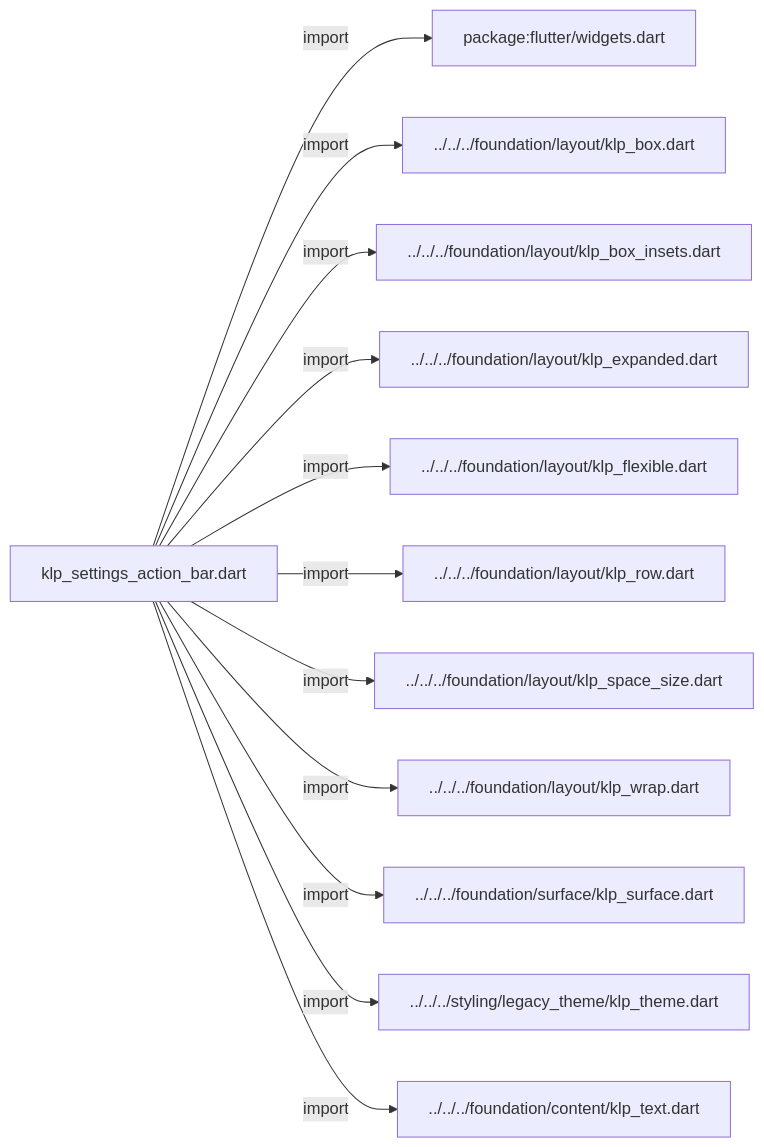
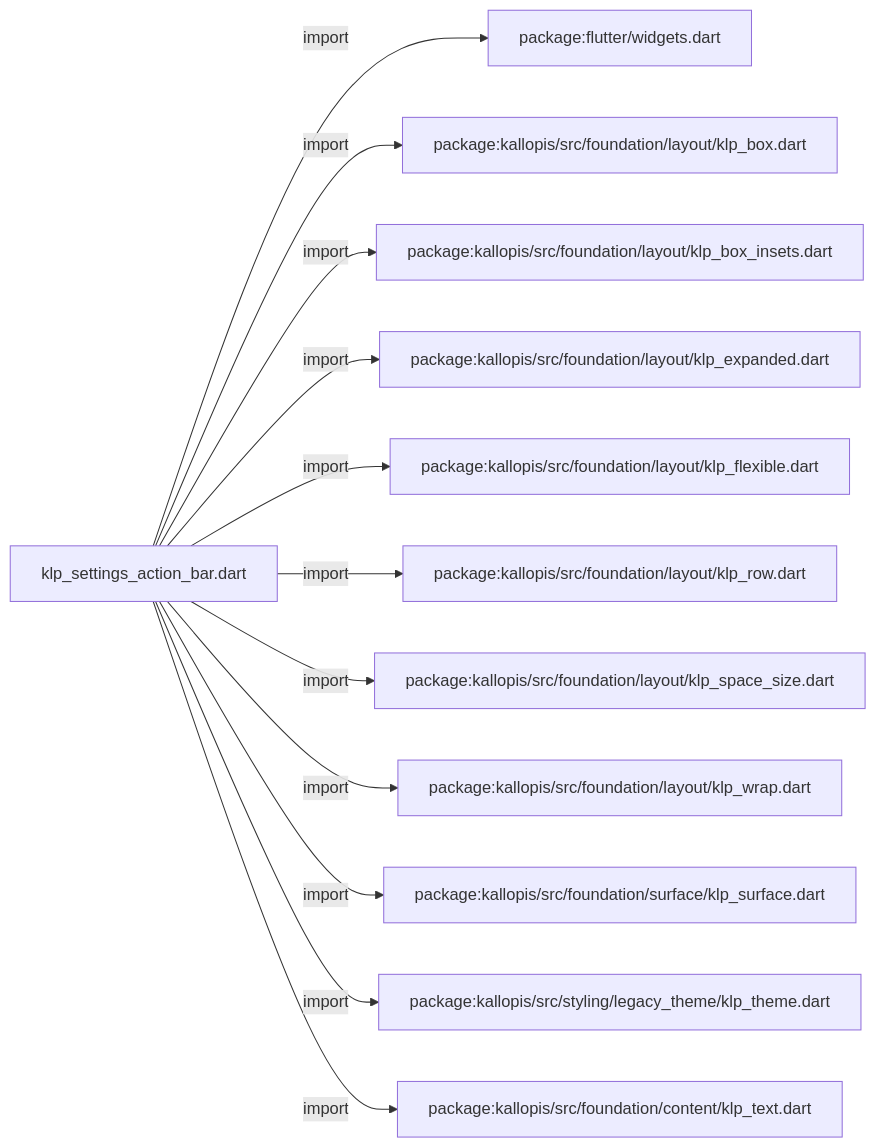
Before and after one commit to MiuDog/Kallopis: the first of 3 diagrams in docs/architecture/src/features/workspace/settings/klp_settings_action_bar.md, drawn with Mermaid. The commit also changed other lines of this file and 9688 other files, not shown here.

Commit message:
Prepare isolated Flow F2 peer baseline

````diff
--- a/docs/architecture/src/features/workspace/settings/klp_settings_action_bar.md
+++ b/docs/architecture/src/features/workspace/settings/klp_settings_action_bar.md
@@ -11,26 +11,26 @@
 ```mermaid
 flowchart LR
 	n0["klp_settings_action_bar.dart"]
 	n1["package:flutter/widgets.dart"]
-	n2["../../../foundation/layout/klp_box.dart"]
-	n3["../../../foundation/layout/klp_box_insets.dart"]
-	n4["../../../foundation/layout/klp_expanded.dart"]
-	n5["../../../foundation/layout/klp_flexible.dart"]
-	n6["../../../foundation/layout/klp_row.dart"]
-	n7["../../../foundation/layout/klp_space_size.dart"]
-	n8["../../../foundation/layout/klp_wrap.dart"]
-	n9["../../../foundation/surface/klp_surface.dart"]
-	n10["../../../styling/legacy_theme/klp_theme.dart"]
-	n11["../../../foundation/content/klp_text.dart"]
+	n2["package:kallopis/src/foundation/layout/klp_box.dart"]
+	n3["package:kallopis/src/foundation/layout/klp_box_insets.dart"]
+	n4["package:kallopis/src/foundation/layout/klp_expanded.dart"]
+	n5["package:kallopis/src/foundation/layout/klp_flexible.dart"]
+	n6["package:kallopis/src/foundation/layout/klp_row.dart"]
+	n7["package:kallopis/src/foundation/layout/klp_space_size.dart"]
+	n8["package:kallopis/src/foundation/layout/klp_wrap.dart"]
+	n9["package:kallopis/src/foundation/surface/klp_surface.dart"]
+	n10["package:kallopis/src/styling/legacy_theme/klp_theme.dart"]
+	n11["package:kallopis/src/foundation/content/klp_text.dart"]
 	n0 -->|"import"| n1
 	n0 -->|"import"| n2
 	n0 -->|"import"| n3
 	n0 -->|"import"| n4
 	n0 -->|"import"| n5
 	n0 -->|"import"| n6
 	n0 -->|"import"| n7
 	n0 -->|"import"| n8
 	n0 -->|"import"| n9
 	n0 -->|"import"| n10
 	n0 -->|"import"| n11
 ```
````
